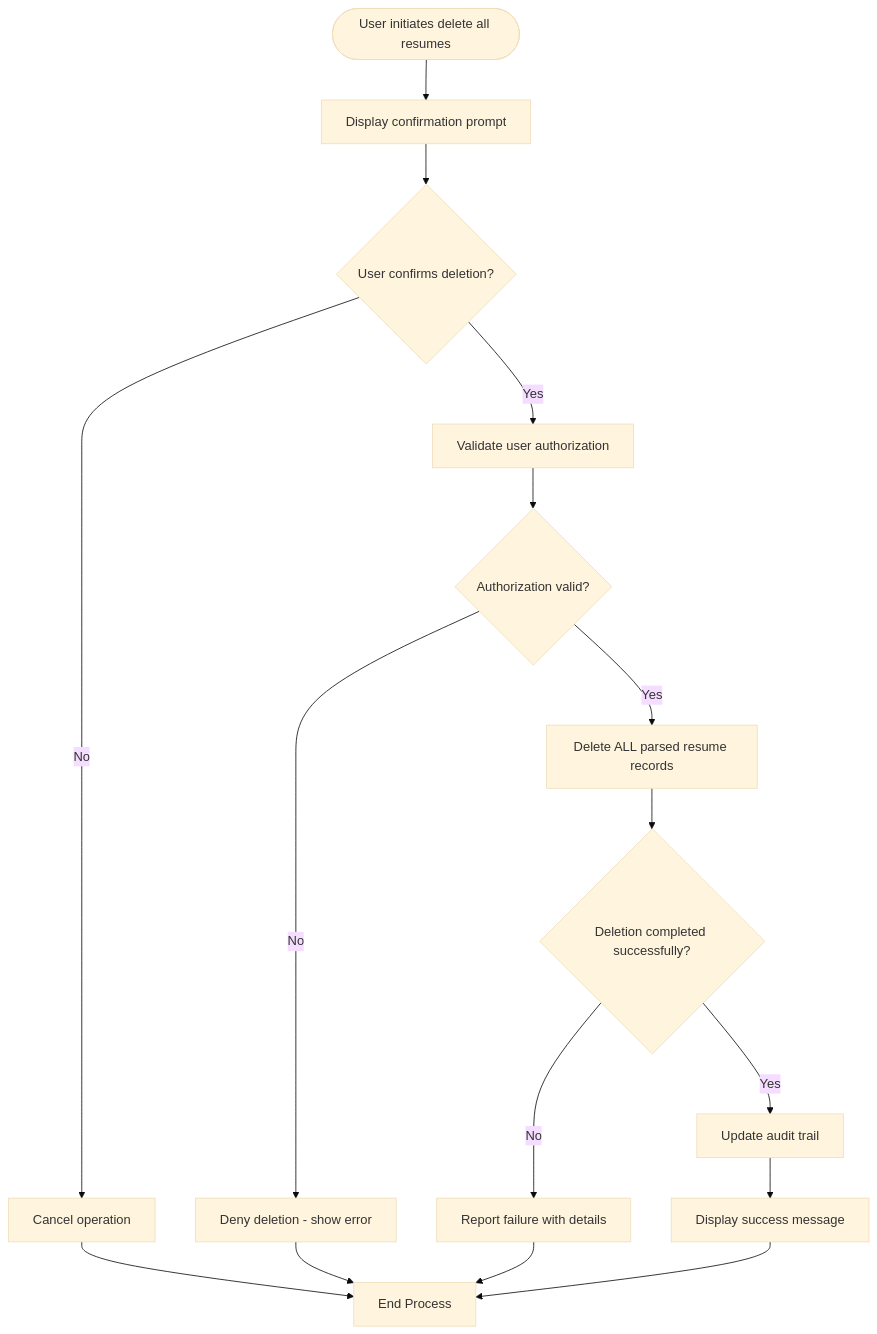
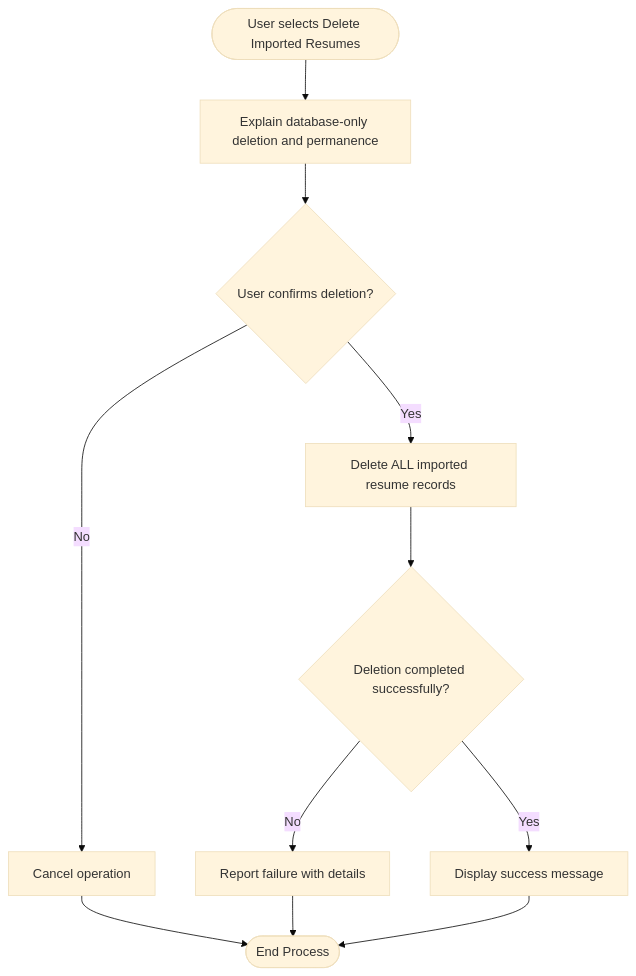
The diagram in docs/system/delete-resumes/processes/delete-all-resumes.md (DelgadoArlee/cv-brewer), drawn with Mermaid (base theme) before and after one commit. The commit also changed other lines of this file and 29 other files, not shown here.

Commit message:
feat: add delete all saved resume feature

`````diff
--- a/docs/system/delete-resumes/processes/delete-all-resumes.md
+++ b/docs/system/delete-resumes/processes/delete-all-resumes.md
@@ -9,18 +9,13 @@
 ```` mermaid
 flowchart TD
-    A([User initiates delete all resumes]) --> B[Display confirmation prompt]
+    A([User selects Delete Imported Resumes]) --> B[Explain database-only deletion and permanence]
     B --> C{User confirms deletion?}
     C -->|No| D[Cancel operation]
-    C -->|Yes| E[Validate user authorization]
-    E --> F{Authorization valid?}
-    F -->|No| G[Deny deletion - show error]
-    F -->|Yes| H[Delete ALL parsed resume records]
-    H --> I{Deletion completed successfully?}
-    I -->|No| J[Report failure with details]
-    I -->|Yes| K[Update audit trail]
-    K --> L[Display success message]
-    D --> M[End Process]
-    G --> M
-    J --> M
-    L --> M
+    C -->|Yes| E[Delete ALL imported resume records]
+    E --> F{Deletion completed successfully?}
+    F -->|No| G[Report failure with details]
+    F -->|Yes| H[Display success message]
+    D --> I([End Process])
+    G --> I
+    H --> I
 ````
`````
